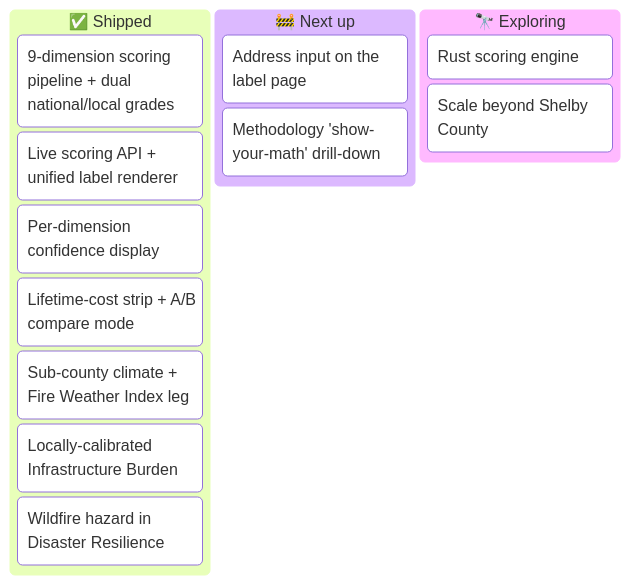
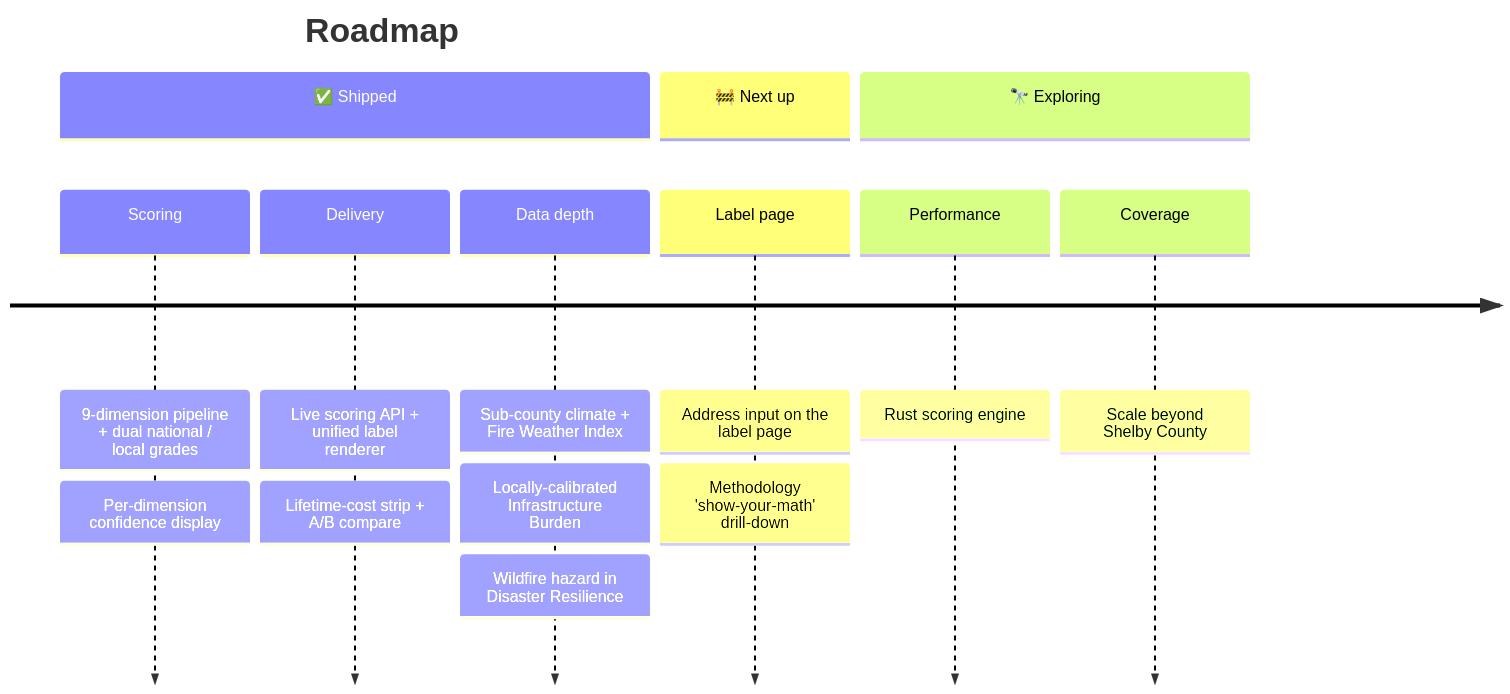
Before and after one commit to compbiolover/housing-nutrition-label: the diagram in README.md, drawn with Mermaid. The commit also changed other lines of this file, not shown here.

Commit message:
docs: use Mermaid timeline for the roadmap (GitHub-renderable)
The Mermaid `kanban` diagram type is experimental and not reliably rendered
by GitHub's Markdown Mermaid support, so it could show as a raw code block.
Switch the roadmap visual to a `timeline` diagram — supported by GitHub's
inline Mermaid rendering — keeping the same Shipped / Next up / Exploring
sections and color-coded, at-a-glance layout.

Claude-Session: https://claude.ai/code/session_0111YkS7oZqA3CgbyknxbeKT

````diff
--- a/README.md
+++ b/README.md
@@ -338,17 +338,13 @@
 ```mermaid
-kanban
-  shipped[✅ Shipped]
-    s1[9-dimension scoring pipeline + dual national/local grades]
-    s2[Live scoring API + unified label renderer]
-    s3[Per-dimension confidence display]
-    s4[Lifetime-cost strip + A/B compare mode]
-    s5[Sub-county climate + Fire Weather Index leg]
-    s6[Locally-calibrated Infrastructure Burden]
-    s7[Wildfire hazard in Disaster Resilience]
-  next[🚧 Next up]
-    n1[Address input on the label page]
-    n2[Methodology 'show-your-math' drill-down]
-  exploring[🔭 Exploring]
-    e1[Rust scoring engine]
-    e2[Scale beyond Shelby County]
+timeline
+    title Roadmap
+    section ✅ Shipped
+        Scoring : 9-dimension pipeline + dual national / local grades : Per-dimension confidence display
+        Delivery : Live scoring API + unified label renderer : Lifetime-cost strip + A/B compare
+        Data depth : Sub-county climate + Fire Weather Index : Locally-calibrated Infrastructure Burden : Wildfire hazard in Disaster Resilience
+    section 🚧 Next up
+        Label page : Address input on the label page : Methodology 'show-your-math' drill-down
+    section 🔭 Exploring
+        Performance : Rust scoring engine
+        Coverage : Scale beyond Shelby County
 ```
````
